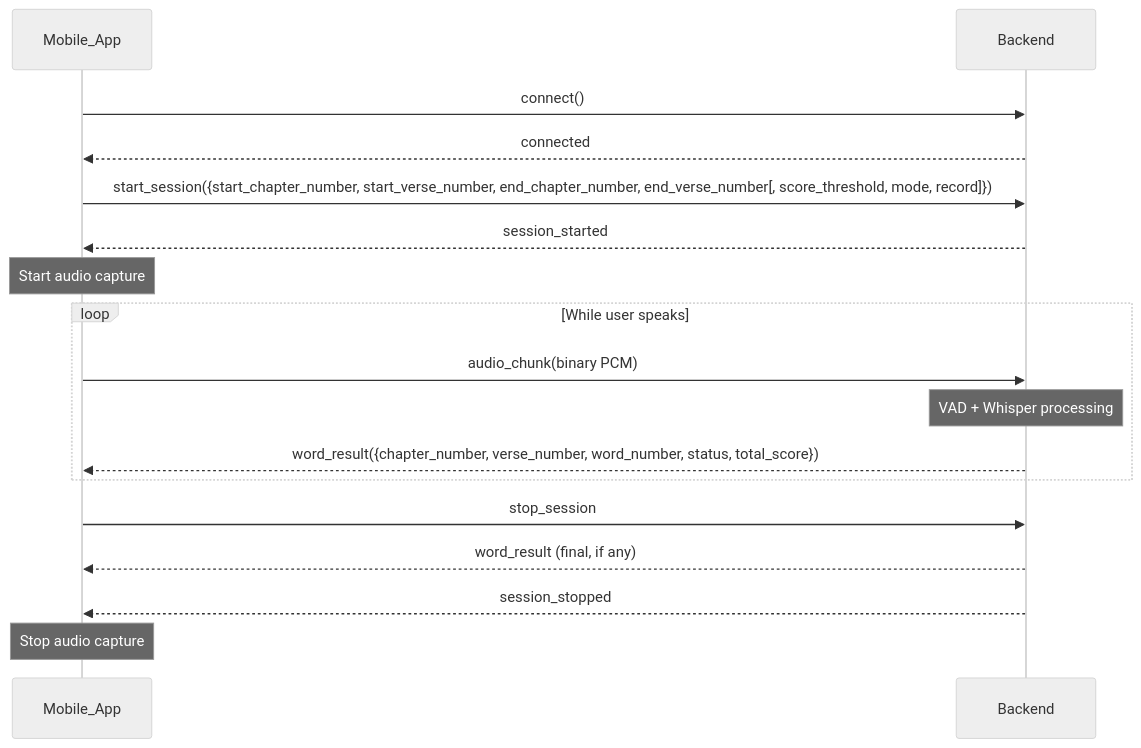
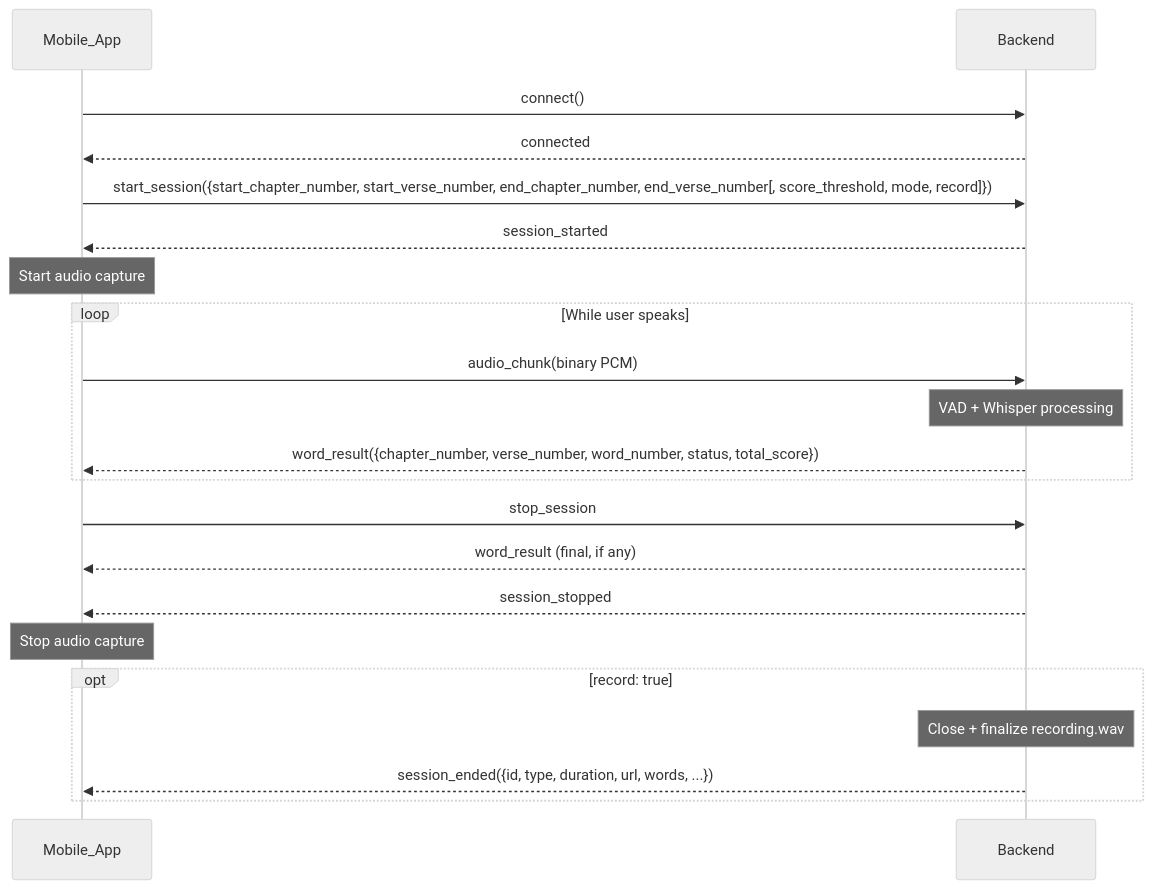
One commit to basemkhirat/pyquran2 changed the first of 9 diagrams in guide/reference/sequence-diagram.md. Above: the diagram before and after it, drawn with Mermaid (neutral theme). The commit also changed 18 other files, not shown here.

First line of the commit message:
Enhance session management and URL handling

````diff
--- a/guide/reference/sequence-diagram.md
+++ b/guide/reference/sequence-diagram.md
@@ -9,25 +9,30 @@
 ```mermaid
 sequenceDiagram
     participant App as Mobile_App
     participant Server as Backend
 
     App->>Server: connect()
     Server-->>App: connected
 
     App->>Server: start_session({start_chapter_number, start_verse_number, end_chapter_number, end_verse_number[, score_threshold, mode, record]})
     Server-->>App: session_started
 
     Note over App: Start audio capture
 
     loop While user speaks
         App->>Server: audio_chunk(binary PCM)
         Note over Server: VAD + Whisper processing
         Server-->>App: word_result({chapter_number, verse_number, word_number, status, total_score})
     end
 
     App->>Server: stop_session
     Server-->>App: word_result (final, if any)
     Server-->>App: session_stopped
 
     Note over App: Stop audio capture
+
+    opt record: true
+        Note over Server: Close + finalize recording.wav
+        Server-->>App: session_ended({id, type, duration, url, words, ...})
+    end
 ```
````
